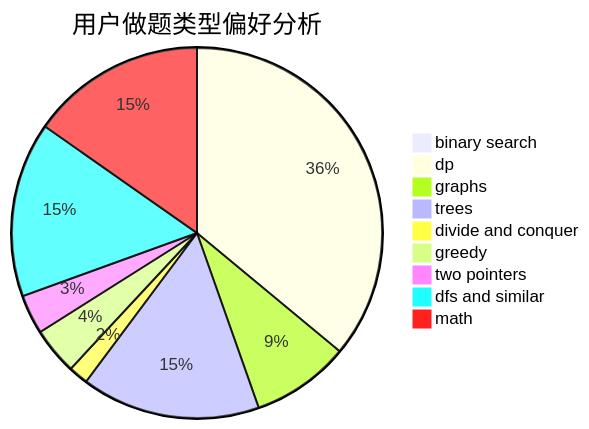
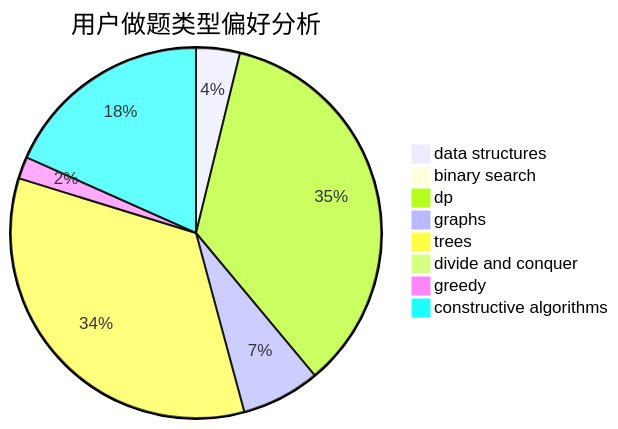
The second of 3 diagrams in docs/user/u2419.md (sherpahu/cfrs.github.io), drawn with Mermaid before and after one commit. The commit also changed other lines of this file and 2775 other files, not shown here.

````diff
--- a/docs/user/u2419.md
+++ b/docs/user/u2419.md
@@ -23,12 +23,11 @@
 ```mermaid
 pie title 用户做题类型偏好分析
-    "binary search" :  5
-    "dp" :  210
-    "graphs" :  50
-    "trees" :  91
-    "divide and conquer" :  10
-    "greedy" :  24
-    "two pointers" :  20
-    "dfs and similar" :  89
-    "math" :  89
+    "data structures" :  10
+    "binary search" :  0
+    "dp" :  92
+    "graphs" :  18
+    "trees" :  89
+    "divide and conquer" :  0
+    "greedy" :  5
+    "constructive algorithms" :  48
 ```
````
